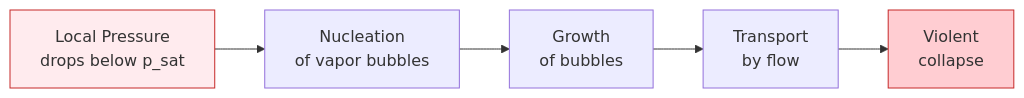
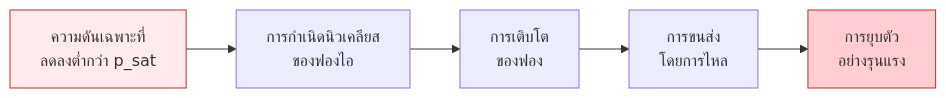
Before and after one commit to wramet/build-my-cfd: the first of 3 diagrams in MODULE_06_ADVANCED_PHYSICS/CONTENT/01_ADVANCED_MULTIPHASE_FLOWS/02_Cavitation_Modeling.md, drawn with Mermaid. The commit also changed other lines of this file and 104 other files, not shown here.

````diff
--- a/MODULE_06_ADVANCED_PHYSICS/CONTENT/01_ADVANCED_MULTIPHASE_FLOWS/02_Cavitation_Modeling.md
+++ b/MODULE_06_ADVANCED_PHYSICS/CONTENT/01_ADVANCED_MULTIPHASE_FLOWS/02_Cavitation_Modeling.md
@@ -24,10 +24,10 @@
 ```mermaid
 flowchart LR
-    A[Local Pressure<br/>drops below p_sat] --> B[Nucleation<br/>of vapor bubbles]
-    B --> C[Growth<br/>of bubbles]
-    C --> D[Transport<br/>by flow]
-    D --> E[Violent<br/>collapse]
+    A[ความดันเฉพาะที่<br/>ลดลงต่ำกว่า p_sat] --> B[การกำเนิดนิวเคลียส<br/>ของฟองไอ]
+    B --> C[การเติบโต<br/>ของฟอง]
+    C --> D[การขนส่ง<br/>โดยการไหล]
+    D --> E[การยุบตัว<br/>อย่างรุนแรง]
 
     style A fill:#ffebee,stroke:#c62828
     style E fill:#ffcdd2,stroke:#c62828
 ```
````
